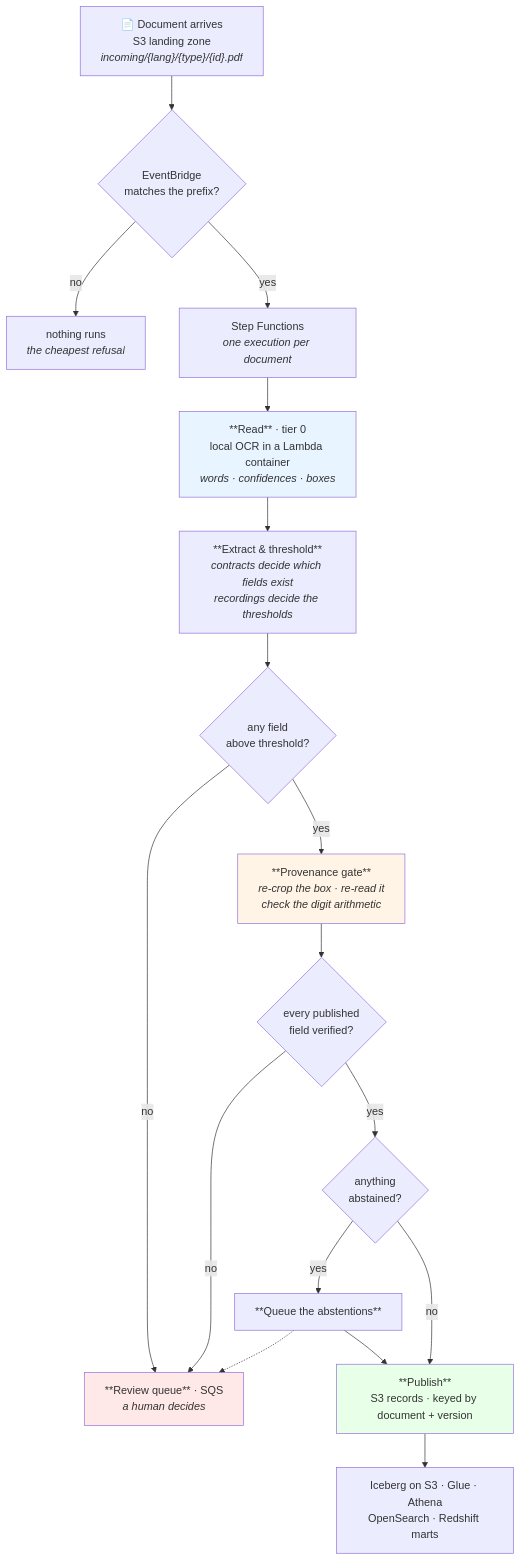
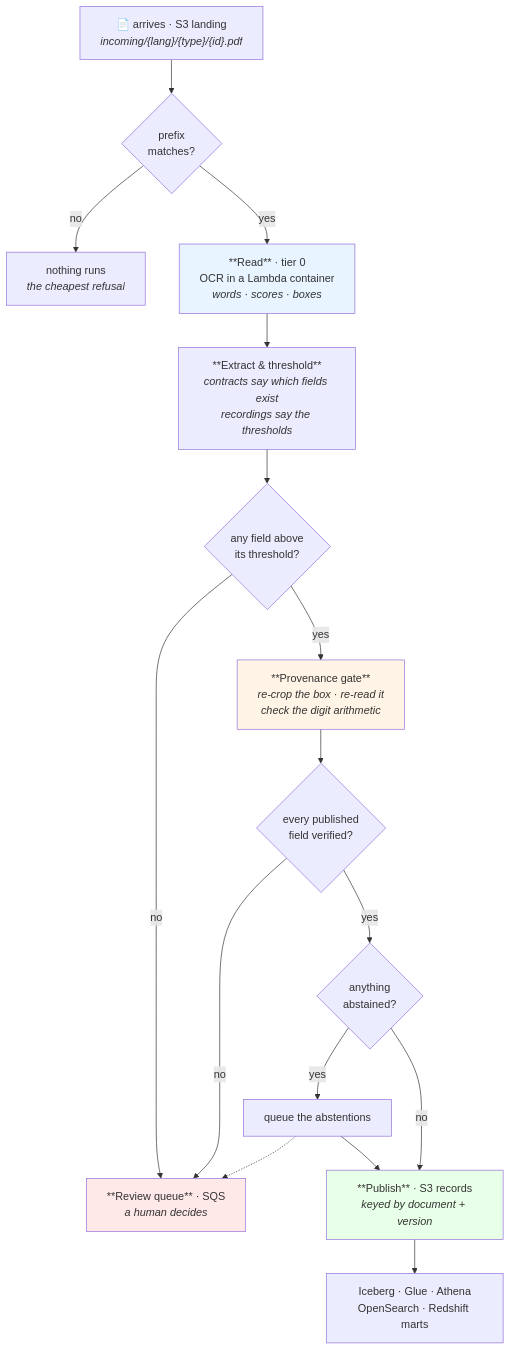
Before and after one commit to theofanis-tsakanikas/manifest: the first of 4 diagrams in notes/ARCHITECTURE.md, drawn with Mermaid. The commit also changed other lines of this file and 2 other files, not shown here.

Commit message:
docs(notes): the architecture note, and a PDF of it with the diagrams rendered
Three diagrams and four pages: what happens to one document, the boundary between what
models propose and what deterministic code decides, and the cascade — with the fact that
decides its economics, which is that only tiers 0 and 1 report a confidence at all. Plus a
table of every AWS service and its honest status, and what was proved on 2026-08-11 against
what was not.

Its purpose is to agree the shape before the upper tiers are built, since the estate today
demonstrates tier 0 end to end and nothing above it.

`scripts/notes_to_pdf.py` keeps it reproducible. Two things in it were learned by looking at
the output rather than reasoning about it: mermaid reads HTML inside a label and never
markdown, so `**bold**` reached the page as four asterisks; and a twelve-rank top-to-bottom
flowchart scaled to A4 leaves type at four points, which is fixed by the diagram's aspect
ratio and not by its font size. Both were found by rendering the page to an image and
reading it.

````diff
--- a/notes/ARCHITECTURE.md
+++ b/notes/ARCHITECTURE.md
@@ -25,29 +25,27 @@
 ```mermaid
 flowchart TB
-    A["📄 Document arrives<br/>S3 landing zone<br/><i>incoming/{lang}/{type}/{id}.pdf</i>"]
-    A --> B{"EventBridge<br/>matches the prefix?"}
+    A["📄 arrives · S3 landing<br/><i>incoming/{lang}/{type}/{id}.pdf</i>"] --> B{"prefix<br/>matches?"}
     B -- no --> BX["nothing runs<br/><i>the cheapest refusal</i>"]
-    B -- yes --> C["Step Functions<br/><i>one execution per document</i>"]
+    B -- yes --> D["**Read** · tier 0<br/>OCR in a Lambda container<br/><i>words · scores · boxes</i>"]
 
-    C --> D["**Read** · tier 0<br/>local OCR in a Lambda container<br/><i>words · confidences · boxes</i>"]
-    D --> E["**Extract & threshold**<br/><i>contracts decide which fields exist<br/>recordings decide the thresholds</i>"]
+    D --> E["**Extract & threshold**<br/><i>contracts say which fields exist<br/>recordings say the thresholds</i>"]
+    E --> F{"any field above<br/>its threshold?"}
 
-    E --> F{"any field<br/>above threshold?"}
-    F -- no --> Q
+    F -- no --> Q["**Review queue** · SQS<br/><i>a human decides</i>"]
     F -- yes --> G["**Provenance gate**<br/><i>re-crop the box · re-read it<br/>check the digit arithmetic</i>"]
 
     G --> H{"every published<br/>field verified?"}
     H -- no --> Q
     H -- yes --> I{"anything<br/>abstained?"}
-    I -- yes --> Q2["**Queue the abstentions**"] --> J
-    I -- no --> J["**Publish**<br/>S3 records · keyed by document + version"]
 
-    Q["**Review queue** · SQS<br/><i>a human decides</i>"]
+    I -- yes --> Q2["queue the abstentions"]
+    Q2 --> J["**Publish** · S3 records<br/><i>keyed by document + version</i>"]
+    I -- no --> J
     Q2 -.-> Q
-    J --> K["Iceberg on S3 · Glue · Athena<br/>OpenSearch · Redshift marts"]
+    J --> K["Iceberg · Glue · Athena<br/>OpenSearch · Redshift marts"]
 
     style D fill:#e8f4ff
     style G fill:#fff4e6
     style Q fill:#ffe8e8
     style J fill:#e8ffe8
 ```
````
